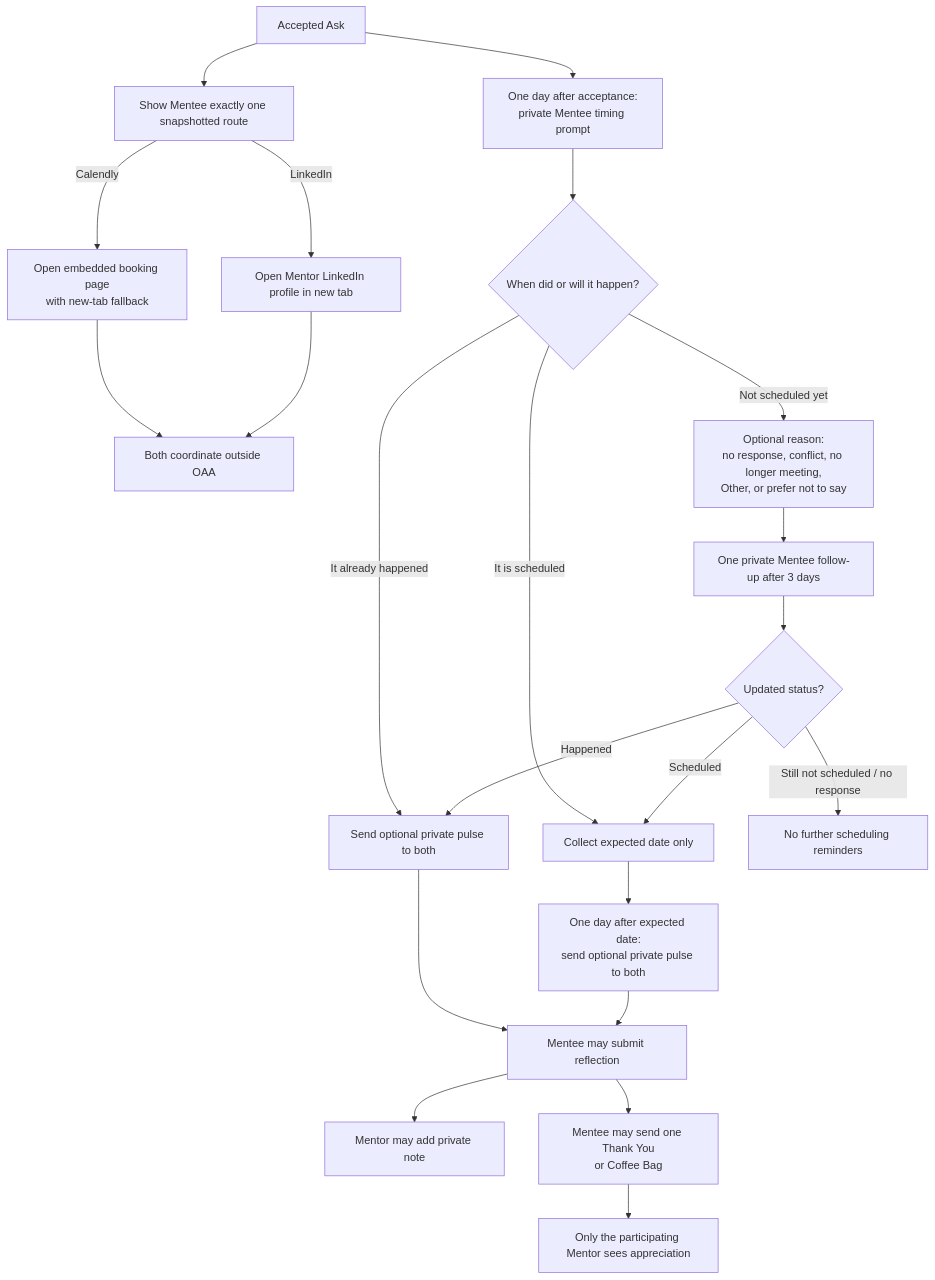
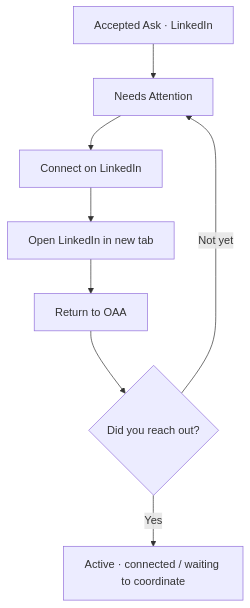
The sixth of 9 diagrams in docs/features/user-flows.md (ellieryus/oaa-project), drawn with Mermaid before and after one commit. The commit also changed other lines of this file and 21 other files, not shown here.

````diff
--- a/docs/features/user-flows.md
+++ b/docs/features/user-flows.md
@@ -128,26 +155,10 @@
 ```mermaid
 flowchart TD
-    A[Accepted Ask] --> B[Show Mentee exactly one snapshotted route]
-    B -->|Calendly| C[Open embedded booking page<br/>with new-tab fallback]
-    B -->|LinkedIn| D[Open Mentor LinkedIn profile in new tab]
-    C --> E[Both coordinate outside OAA]
-    D --> E
-
-    A --> F[One day after acceptance:<br/>private Mentee timing prompt]
-    F --> G{When did or will it happen?}
-    G -->|It already happened| H[Send optional private pulse to both]
-    G -->|It is scheduled| I[Collect expected date only]
-    I --> J[One day after expected date:<br/>send optional private pulse to both]
-    G -->|Not scheduled yet| K[Optional reason:<br/>no response, conflict, no longer meeting,<br/>Other, or prefer not to say]
-    K --> L[One private Mentee follow-up after 3 days]
-    L --> M{Updated status?}
-    M -->|Happened| H
-    M -->|Scheduled| I
-    M -->|Still not scheduled / no response| N[No further scheduling reminders]
-
-    H --> O[Mentee may submit reflection]
-    J --> O
-    O --> P[Mentor may add private note]
-    O --> Q[Mentee may send one Thank You<br/>or Coffee Bag]
-    Q --> R[Only the participating Mentor sees appreciation]
+    A[Accepted Ask · LinkedIn] --> B[Needs Attention]
+    B --> C[Connect on LinkedIn]
+    C --> D[Open LinkedIn in new tab]
+    D --> E[Return to OAA]
+    E --> F{Did you reach out?}
+    F -->|Yes| G[Active · connected / waiting to coordinate]
+    F -->|Not yet| B
 ```
````
